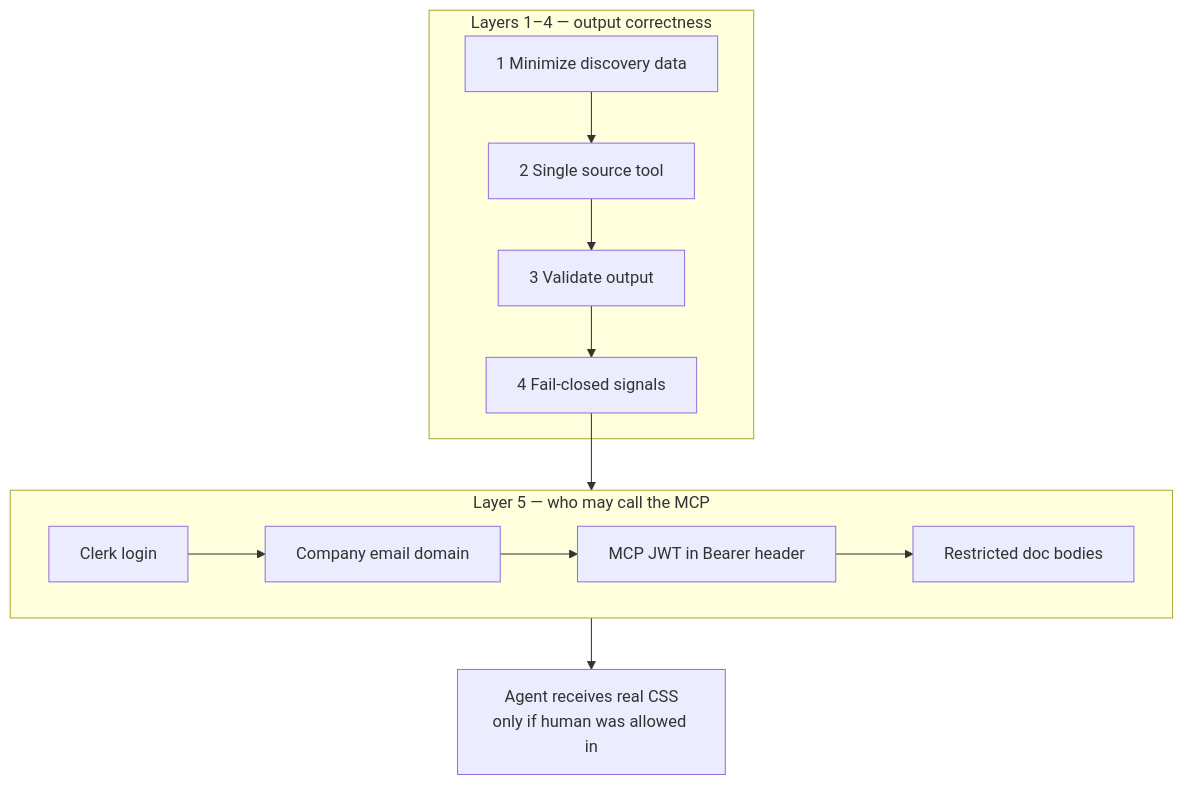
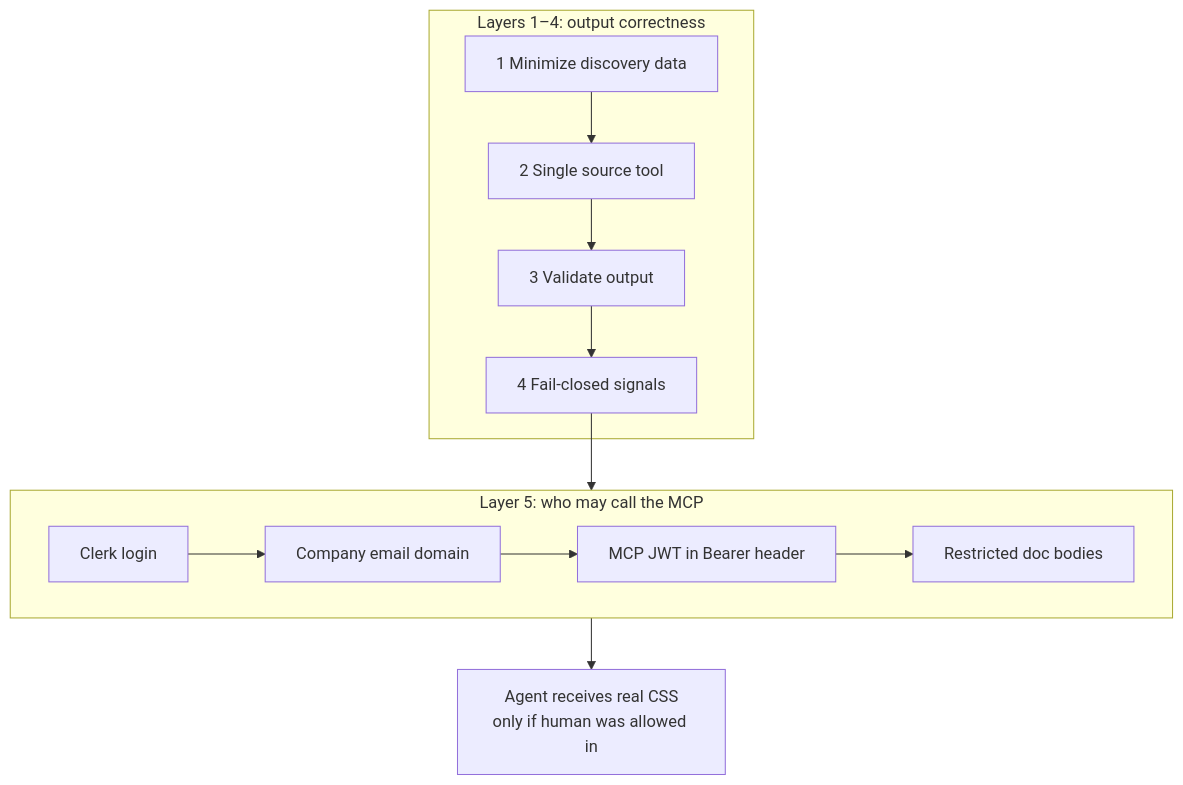
Before and after one commit to karenrebecag/Portfolio2026: the fifth of 6 diagrams in apps/web/src/content/projects/design-system-ships-itself-en.md, drawn with Mermaid. The commit also changed other lines of this file and 2 other files, not shown here.

````diff
--- a/apps/web/src/content/projects/design-system-ships-itself-en.md
+++ b/apps/web/src/content/projects/design-system-ships-itself-en.md
@@ -328,21 +331,21 @@
-```mermaid Five layers — hallucination plus access control
+```mermaid Five layers: hallucination plus access control
 flowchart TB
-  subgraph L1to4["Layers 1–4 — output correctness"]
+  subgraph L1to4["Layers 1–4: output correctness"]
     L1["1 Minimize discovery data"]
     L2["2 Single source tool"]
     L3["3 Validate output"]
     L4["4 Fail-closed signals"]
     L1 --> L2 --> L3 --> L4
   end
 
-  subgraph L5["Layer 5 — who may call the MCP"]
+  subgraph L5["Layer 5: who may call the MCP"]
     L5A["Clerk login"]
     L5B["Company email domain"]
     L5C["MCP JWT in Bearer header"]
     L5D["Restricted doc bodies"]
     L5A --> L5B --> L5C --> L5D
   end
 
   L4 --> L5
   L5 --> Agent["Agent receives real CSS<br/>only if human was allowed in"]
 ```
````
